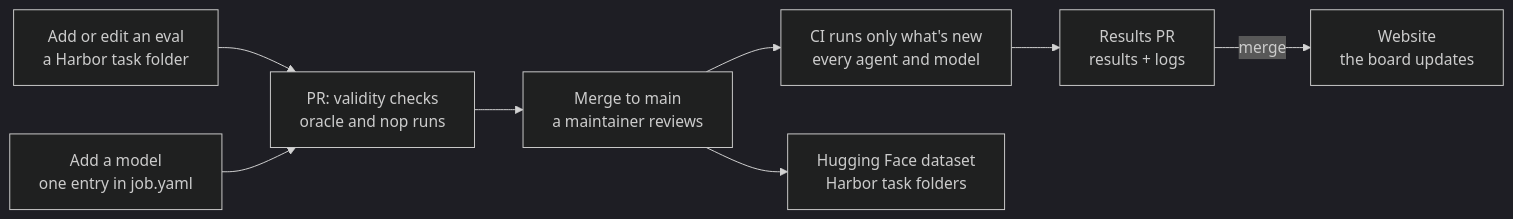
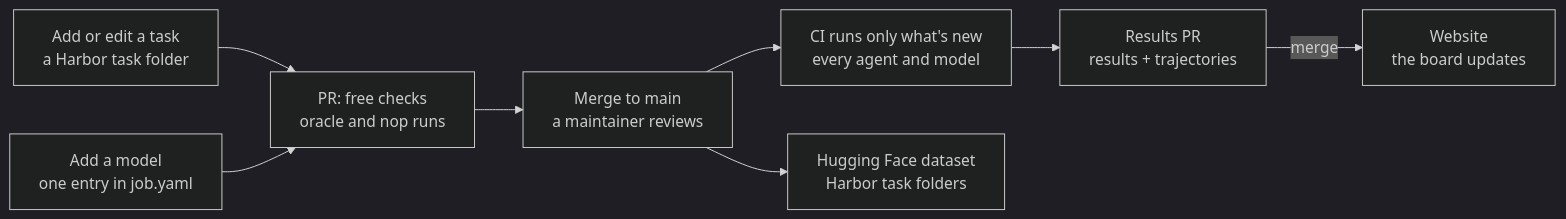
Before and after one commit to BuidlGuidl/ethevals: the diagram in README.md, drawn with Mermaid (dark theme). The commit also changed other lines of this file and 16 other files, not shown here.

````diff
--- a/README.md
+++ b/README.md
@@ -17,10 +17,10 @@
 ```mermaid
 flowchart LR
-	eval["Add or edit an eval<br/>a Harbor task folder"] --> pr["PR: validity checks<br/>oracle and nop runs"]
+	task["Add or edit a task<br/>a Harbor task folder"] --> pr["PR: free checks<br/>oracle and nop runs"]
 	model["Add a model<br/>one entry in job.yaml"] --> pr
 	pr --> merge["Merge to main<br/>a maintainer reviews"]
 	merge --> ci["CI runs only what's new<br/>every agent and model"]
-	ci --> results["Results PR<br/>results + logs"]
+	ci --> results["Results PR<br/>results + trajectories"]
 	results -- merge --> site["Website<br/>the board updates"]
 	merge --> hf["Hugging Face dataset<br/>Harbor task folders"]
 ```
````
